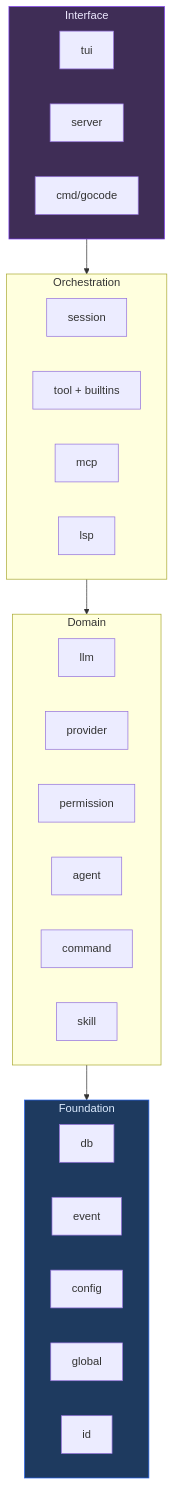
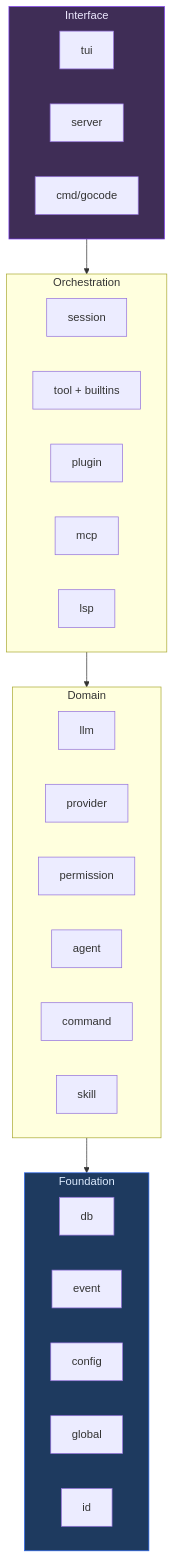
The third of 4 diagrams in documentation/01-architecture.md (langazov/gocode), drawn with Mermaid before and after one commit. The commit also changed other lines of this file and 6 other files, not shown here.

Commit message:
feat(plugins): enhance documentation and architecture for plugin support

````diff
--- a/documentation/01-architecture.md
+++ b/documentation/01-architecture.md
@@ -85,34 +92,35 @@
 ```mermaid
 flowchart TD
   subgraph L4["Interface"]
     tui["tui"]
     server["server"]
     cmd["cmd/gocode"]
   end
   subgraph L3["Orchestration"]
     session["session"]
     tool["tool + builtins"]
+    plugin["plugin"]
     mcp["mcp"]
     lsp["lsp"]
   end
   subgraph L2["Domain"]
     llm["llm"]
     provider["provider"]
     permission["permission"]
     agent["agent"]
     command["command"]
     skill["skill"]
   end
   subgraph L1["Foundation"]
     db["db"]
     event["event"]
     config["config"]
     global["global"]
     id["id"]
   end
 
   L4 --> L3 --> L2 --> L1
 
   style L1 fill:#1e3a5f,stroke:#2563eb,color:#dbeafe
   style L4 fill:#3f2d56,stroke:#7c3aed,color:#ede9fe
 ```
````
